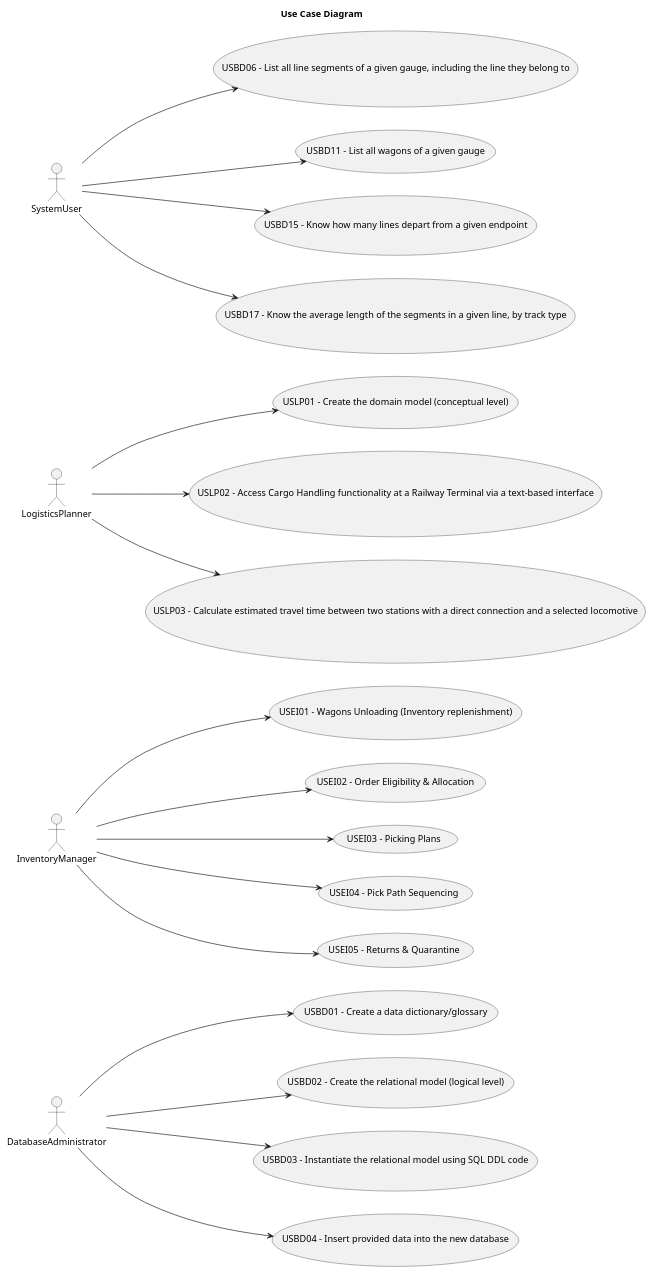
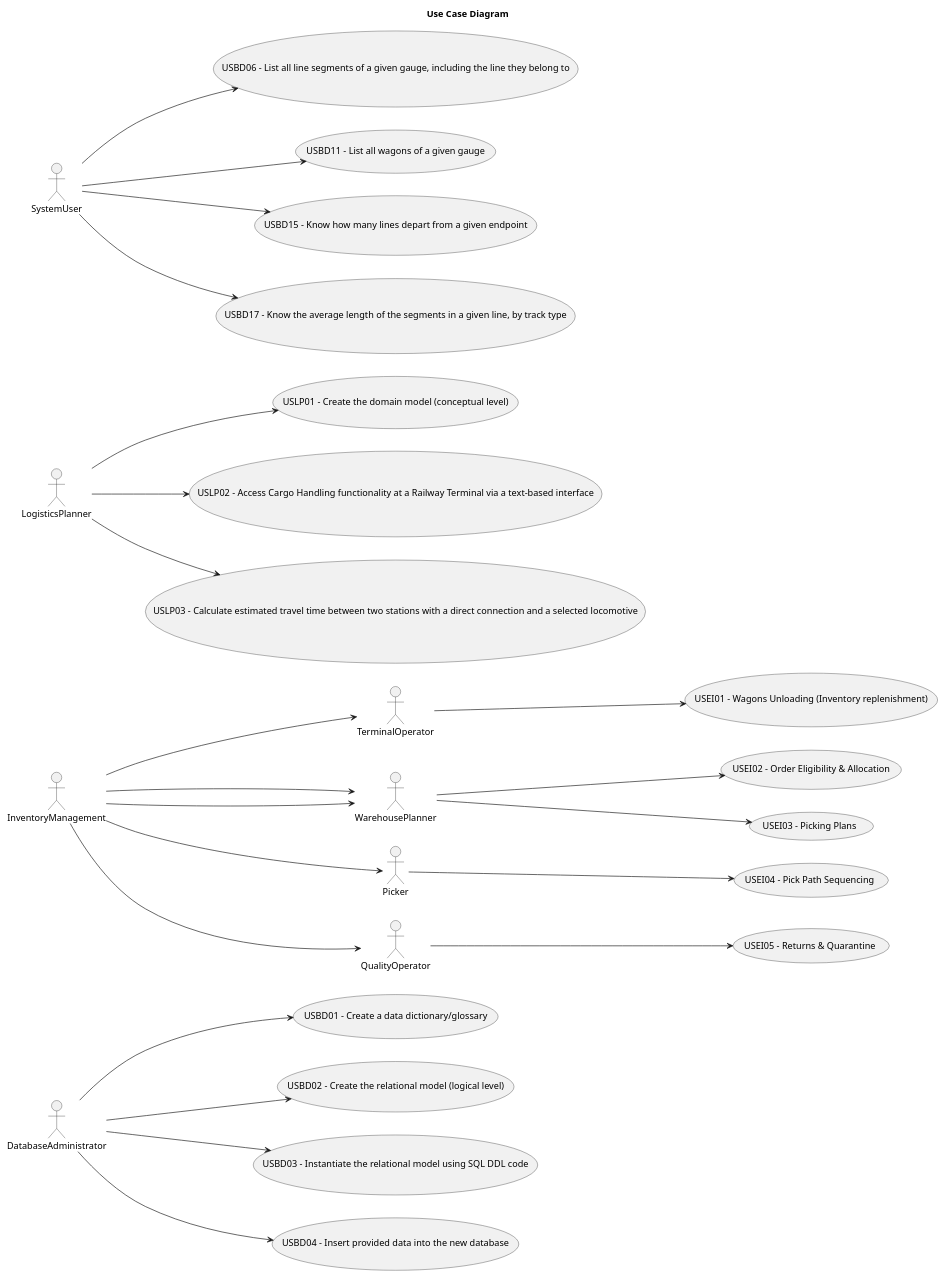
The diagram in defenitive-structure/docs/system-documentation/global-artifacts/01.requirements-engineering/puml/UCD.puml (AfonsoMachado1892/Logistics-on-Rails), drawn with PlantUML before and after one commit.

Commit message:
[docs] (UCD): Correction on Inventory Management

```diff
--- a/defenitive-structure/docs/system-documentation/global-artifacts/01.requirements-engineering/puml/UCD.puml
+++ b/defenitive-structure/docs/system-documentation/global-artifacts/01.requirements-engineering/puml/UCD.puml
@@ -1,63 +1,72 @@
 @startuml
 'skinparam monochrome true
 skinparam packageStyle rectangle
 'skinparam shadowing false
 
 title Use Case Diagram
 
 left to right direction
 
     actor DatabaseAdministrator
-    actor InventoryManager
+    actor InventoryManagement
     actor LogisticsPlanner
     actor SystemUser
+    actor TerminalOperator
+    actor WarehousePlanner
+    actor Picker
+    actor QualityOperator
 
 usecase "USBD01 - Create a data dictionary/glossary" as USBD01
 DatabaseAdministrator --> USBD01
 
 usecase "USBD02 - Create the relational model (logical level)" as USBD02
 DatabaseAdministrator --> USBD02
 
 usecase "USBD03 - Instantiate the relational model using SQL DDL code" as USBD03
 DatabaseAdministrator --> USBD03
 
 usecase "USBD04 - Insert provided data into the new database" as USBD04
 DatabaseAdministrator --> USBD04
 
 usecase "USBD06 - List all line segments of a given gauge, including the line they belong to" as USBD06
 SystemUser --> USBD06
 
 usecase "USBD11 - List all wagons of a given gauge" as USBD11
 SystemUser --> USBD11
 
 usecase "USBD15 - Know how many lines depart from a given endpoint" as USBD15
 SystemUser --> USBD15
 
 usecase "USBD17 - Know the average length of the segments in a given line, by track type" as USBD17
 SystemUser --> USBD17
 
 usecase "USEI01 - Wagons Unloading (Inventory replenishment)" as USEI01
-InventoryManager --> USEI01
+InventoryManagement --> TerminalOperator
+TerminalOperator --> USEI01
 
 usecase "USEI02 - Order Eligibility & Allocation" as USEI02
-InventoryManager --> USEI02
+InventoryManagement --> WarehousePlanner
+WarehousePlanner --> USEI02
 
 usecase "USEI03 - Picking Plans" as USEI03
-InventoryManager --> USEI03
+InventoryManagement --> WarehousePlanner
+WarehousePlanner --> USEI03
 
 usecase "USEI04 - Pick Path Sequencing" as USEI04
-InventoryManager --> USEI04
+InventoryManagement --> Picker
+Picker --> USEI04
 
 usecase "USEI05 - Returns & Quarantine" as USEI05
-InventoryManager --> USEI05
+InventoryManagement --> QualityOperator
+QualityOperator --> USEI05
 
 usecase "USLP01 - Create the domain model (conceptual level)" as USLP01
 LogisticsPlanner --> USLP01
 
 usecase "USLP02 - Access Cargo Handling functionality at a Railway Terminal via a text-based interface" as USLP02
 LogisticsPlanner --> USLP02
 
 usecase "USLP03 - Calculate estimated travel time between two stations with a direct connection and a selected locomotive" as USLP03
 LogisticsPlanner --> USLP03
 
 @enduml
```
